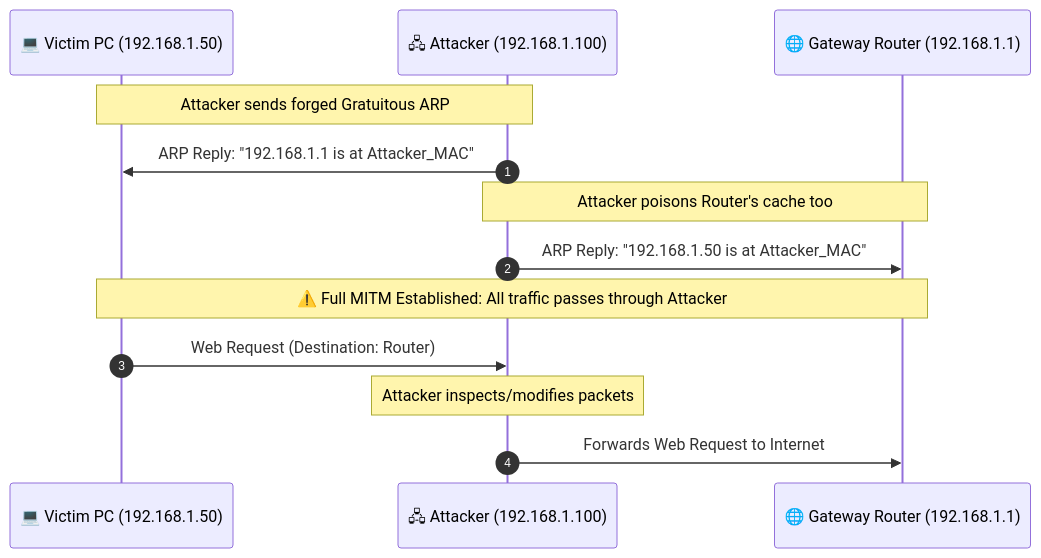
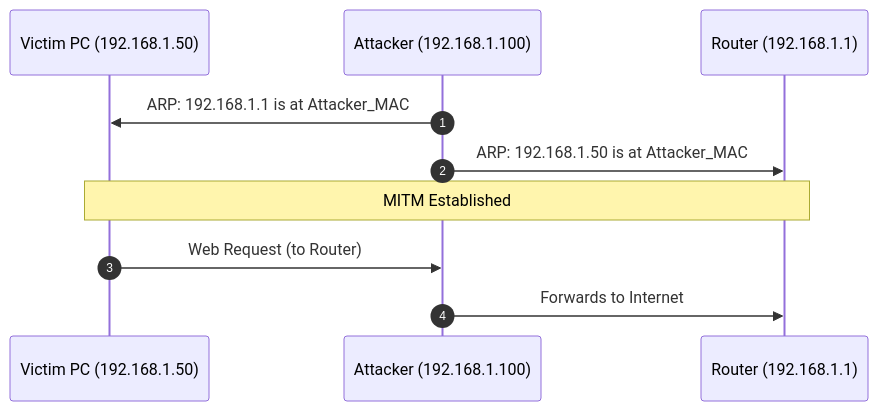
Before and after one commit to DaddyZyn/Cyber-security-notes: the first of 2 diagrams in topics/08-arp-poisoning-mitm-and-packet-interception/README.md, drawn with Mermaid. The commit also changed other lines of this file and 19 other files, not shown here.

Commit message:
fix: overhaul all Mermaid diagrams with clean vertical layouts and short line-wrapping to prevent GitHub clipping

````diff
--- a/topics/08-arp-poisoning-mitm-and-packet-interception/README.md
+++ b/topics/08-arp-poisoning-mitm-and-packet-interception/README.md
@@ -44,17 +44,13 @@
 ```mermaid
 sequenceDiagram
     autonumber
-    participant Victim as 💻 Victim PC (192.168.1.50)
-    participant Attacker as 🖧 Attacker (192.168.1.100)
-    participant Router as 🌐 Gateway Router (192.168.1.1)
+    participant Victim as Victim PC (192.168.1.50)
+    participant Attacker as Attacker (192.168.1.100)
+    participant Router as Router (192.168.1.1)
 
-    Note over Attacker,Victim: Attacker sends forged Gratuitous ARP
-    Attacker->>Victim: ARP Reply: "192.168.1.1 is at Attacker_MAC"
-    Note over Attacker,Router: Attacker poisons Router's cache too
-    Attacker->>Router: ARP Reply: "192.168.1.50 is at Attacker_MAC"
-
-    Note over Victim,Router: ⚠️ Full MITM Established: All traffic passes through Attacker
-    Victim->>Attacker: Web Request (Destination: Router)
-    Note over Attacker: Attacker inspects/modifies packets
-    Attacker->>Router: Forwards Web Request to Internet
+    Attacker->>Victim: ARP: 192.168.1.1 is at Attacker_MAC
+    Attacker->>Router: ARP: 192.168.1.50 is at Attacker_MAC
+    Note over Victim,Router: MITM Established
+    Victim->>Attacker: Web Request (to Router)
+    Attacker->>Router: Forwards to Internet
 ```
````
